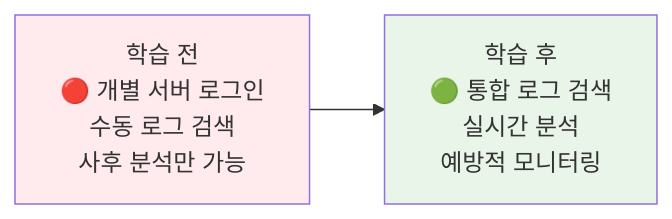
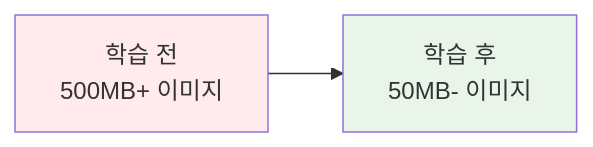
The first of 4 diagrams in theory/week_02/day3/session_2.md (niceguy61/kdt_devops_lecture_2025), drawn with Mermaid before and after one commit. The commit also changed other lines of this file and 68 other files, not shown here.

````diff
--- a/theory/week_02/day3/session_2.md
+++ b/theory/week_02/day3/session_2.md
@@ -36,7 +32,7 @@
 ```mermaid
 graph LR
-    A[학습 전<br/>🔴 개별 서버 로그인<br/>수동 로그 검색<br/>사후 분석만 가능] --> B[학습 후<br/>🟢 통합 로그 검색<br/>실시간 분석<br/>예방적 모니터링]
+    A[학습 전<br/>500MB+ 이미지] --> B[학습 후<br/>50MB- 이미지]
     
     style A fill:#ffebee
     style B fill:#e8f5e8
 ```
````
